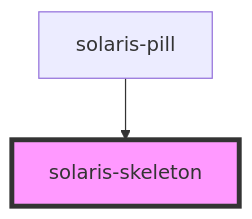
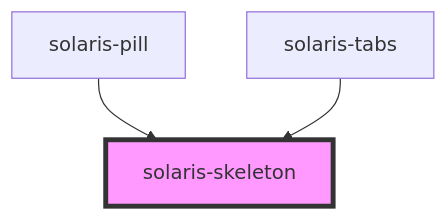
Before and after one commit to Lynxgsm/solaris-design-system: the diagram in packages/solaris-core/src/components/solaris-skeleton/readme.md, drawn with Mermaid. The commit also changed other lines of this file and 13 other files, not shown here.

````diff
--- a/packages/solaris-core/src/components/solaris-skeleton/readme.md
+++ b/packages/solaris-core/src/components/solaris-skeleton/readme.md
@@ -25,5 +26,6 @@
 ```mermaid
 graph TD;
   solaris-pill --> solaris-skeleton
+  solaris-tabs --> solaris-skeleton
   style solaris-skeleton fill:#f9f,stroke:#333,stroke-width:4px
 ```
````
